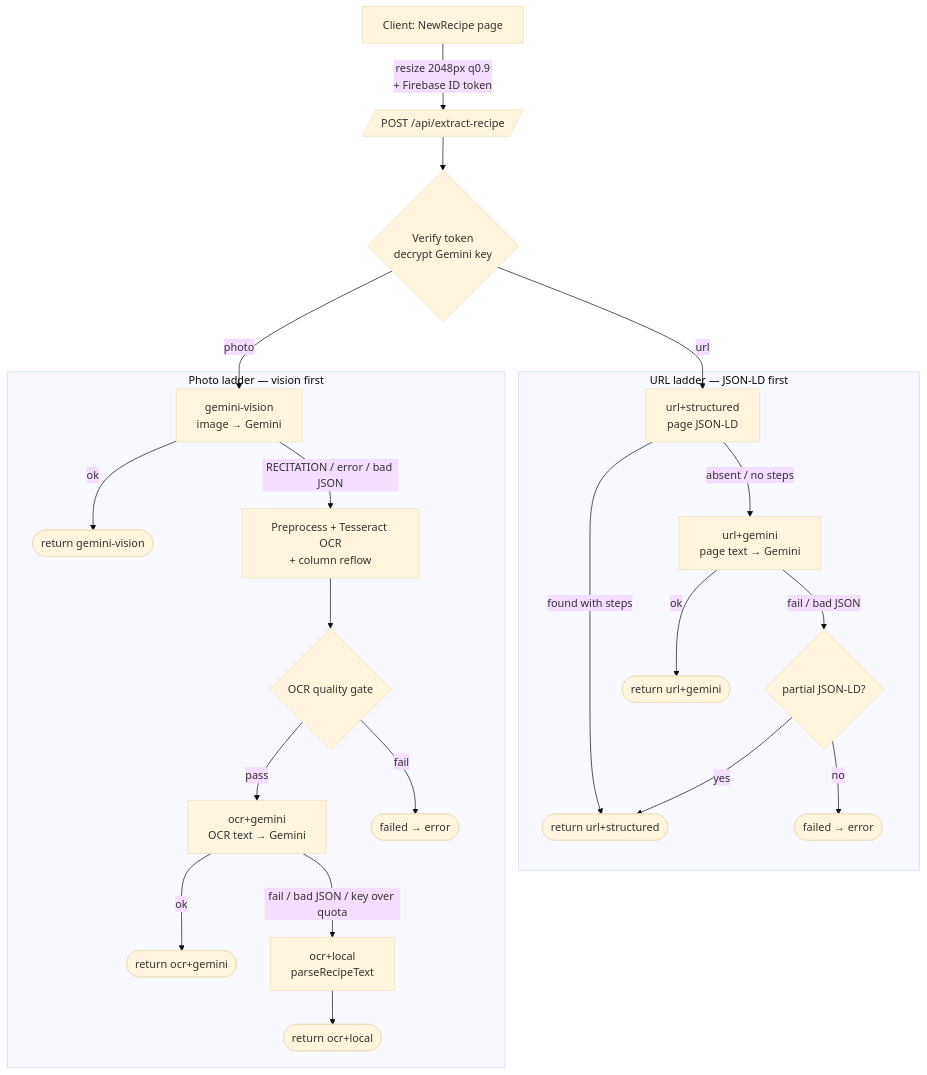
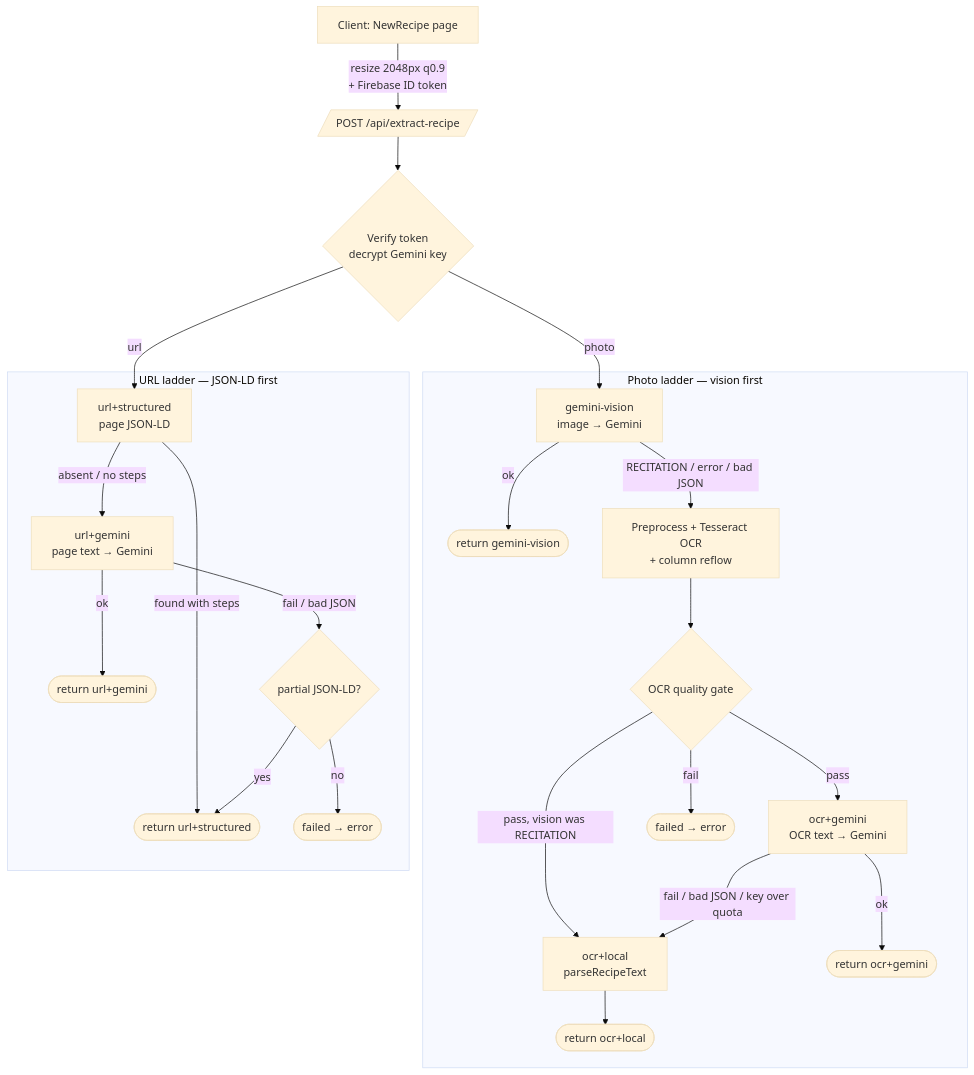
One commit to cheryllaird/BeckfieldBistroV2 changed the diagram in docs/recipe-extraction.md. Above: the diagram before and after it, drawn with Mermaid (base theme). The commit also changed other lines of this file and 3 other files, not shown here.

````diff
--- a/docs/recipe-extraction.md
+++ b/docs/recipe-extraction.md
@@ -60,27 +63,28 @@
 ```mermaid
 flowchart TD
     C[Client: NewRecipe page] -->|"resize 2048px q0.9<br/>+ Firebase ID token"| API[/POST /api/extract-recipe/]
     API --> AUTH{Verify token<br/>decrypt Gemini key}
     AUTH -->|photo| P1
     AUTH -->|url| U1
 
     subgraph PHOTO [Photo ladder — vision first]
         P1[gemini-vision<br/>image → Gemini] -->|ok| R1([return gemini-vision])
         P1 -->|RECITATION / error / bad JSON| P2[Preprocess + Tesseract OCR<br/>+ column reflow]
         P2 --> GATE{OCR quality gate}
+        GATE -->|pass, vision was RECITATION| P4
         GATE -->|pass| P3[ocr+gemini<br/>OCR text → Gemini]
         P3 -->|ok| R2([return ocr+gemini])
         P3 -->|fail / bad JSON / key over quota| P4[ocr+local<br/>parseRecipeText]
         P4 --> R3([return ocr+local])
         GATE -->|fail| FAILP([failed → error])
     end
 
     subgraph URL [URL ladder — JSON-LD first]
         U1[url+structured<br/>page JSON-LD] -->|found with steps| R4([return url+structured])
         U1 -->|absent / no steps| U2[url+gemini<br/>page text → Gemini]
         U2 -->|ok| R5([return url+gemini])
         U2 -->|fail / bad JSON| U3{partial JSON-LD?}
         U3 -->|yes| R4
         U3 -->|no| FAILU([failed → error])
     end
 ```
````
